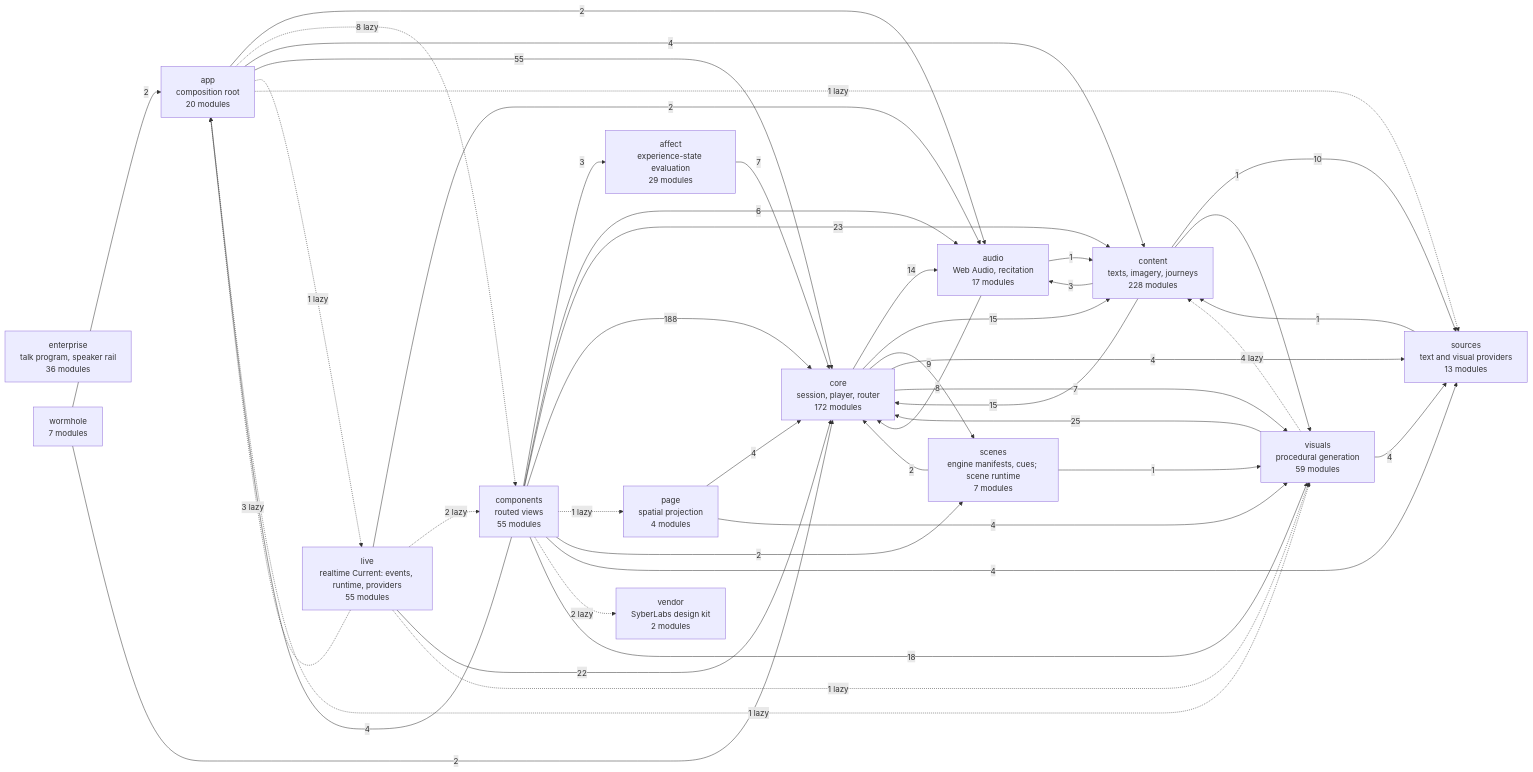
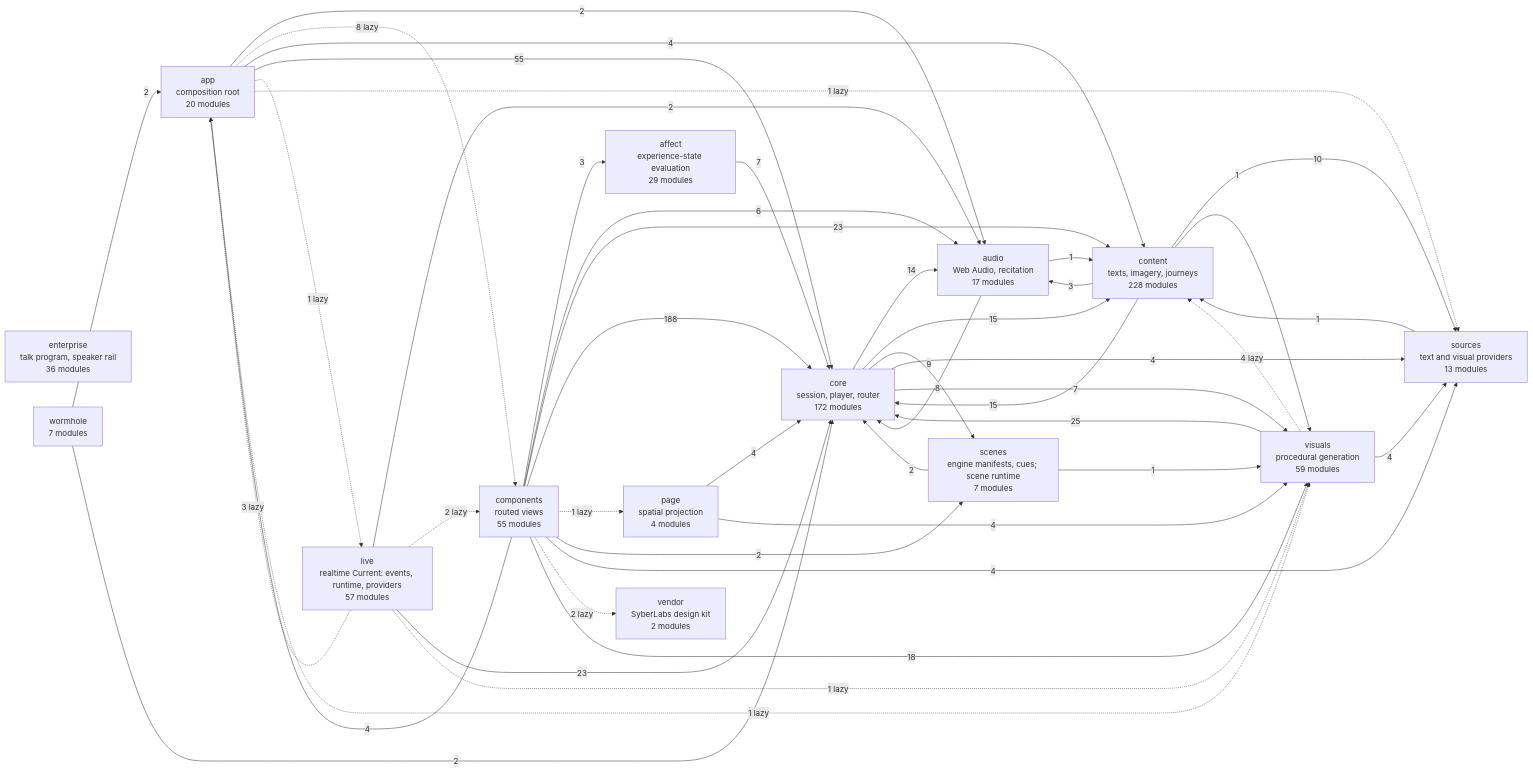
The diagram in docs/specs/ARCHITECTURE.md (SyberLabs/RISE), drawn with Mermaid before and after one commit. The commit also changed 20 other files, not shown here.

````diff
--- a/docs/specs/ARCHITECTURE.md
+++ b/docs/specs/ARCHITECTURE.md
@@ -161,62 +161,62 @@
 ```mermaid
 flowchart LR
     affect["affect<br/>experience-state evaluation<br/>29 modules"]
     app["app<br/>composition root<br/>20 modules"]
     audio["audio<br/>Web Audio, recitation<br/>17 modules"]
     components["components<br/>routed views<br/>55 modules"]
     content["content<br/>texts, imagery, journeys<br/>228 modules"]
     core["core<br/>session, player, router<br/>172 modules"]
     enterprise["enterprise<br/>talk program, speaker rail<br/>36 modules"]
-    live["live<br/>realtime Current: events, runtime, providers<br/>55 modules"]
+    live["live<br/>realtime Current: events, runtime, providers<br/>57 modules"]
     page["page<br/>spatial projection<br/>4 modules"]
     scenes["scenes<br/>engine manifests, cues; scene runtime<br/>7 modules"]
     sources["sources<br/>text and visual providers<br/>13 modules"]
     vendor["vendor<br/>SyberLabs design kit<br/>2 modules"]
     visuals["visuals<br/>procedural generation<br/>59 modules"]
     wormhole["wormhole<br/>7 modules"]
 
     affect --> |7| core
     app --> |2| audio
     app -.-> |8 lazy| components
     app --> |4| content
     app --> |55| core
     app -.-> |1 lazy| live
     app -.-> |1 lazy| sources
     app -.-> |1 lazy| visuals
     audio --> |1| content
     audio --> |8| core
     components --> |3| affect
     components --> |4| app
     components --> |6| audio
     components --> |23| content
     components --> |188| core
     components -.-> |1 lazy| page
     components --> |2| scenes
     components --> |4| sources
     components -.-> |2 lazy| vendor
     components --> |18| visuals
     content --> |3| audio
     content --> |15| core
     content --> |10| sources
     content --> |1| visuals
     core --> |14| audio
     core --> |15| content
     core --> |9| scenes
     core --> |4| sources
     core --> |7| visuals
     live -.-> |3 lazy| app
     live --> |2| audio
     live -.-> |2 lazy| components
-    live --> |22| core
+    live --> |23| core
     live -.-> |1 lazy| visuals
     page --> |4| core
     page --> |4| visuals
     scenes --> |2| core
     scenes --> |1| visuals
     sources --> |1| content
     visuals -.-> |4 lazy| content
     visuals --> |25| core
     visuals --> |4| sources
     wormhole --> |2| app
     wormhole --> |2| core
 ```
````
